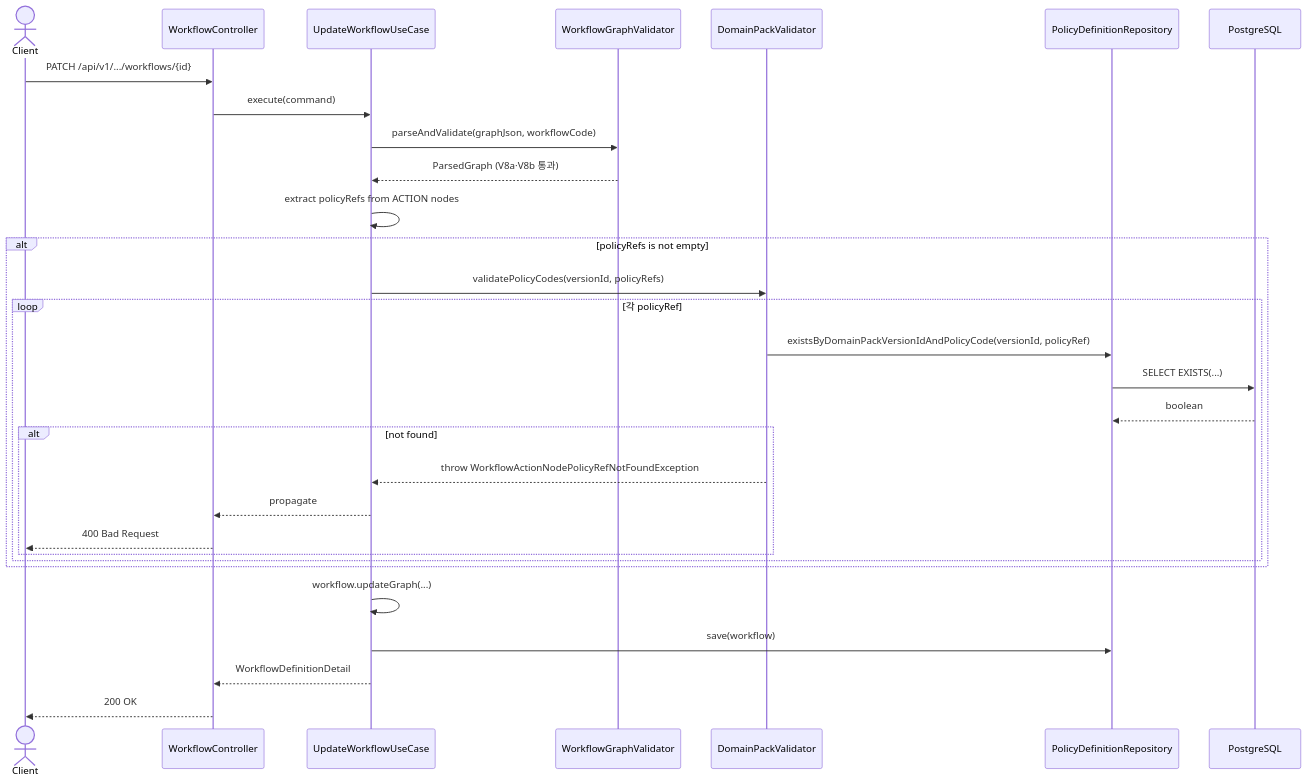
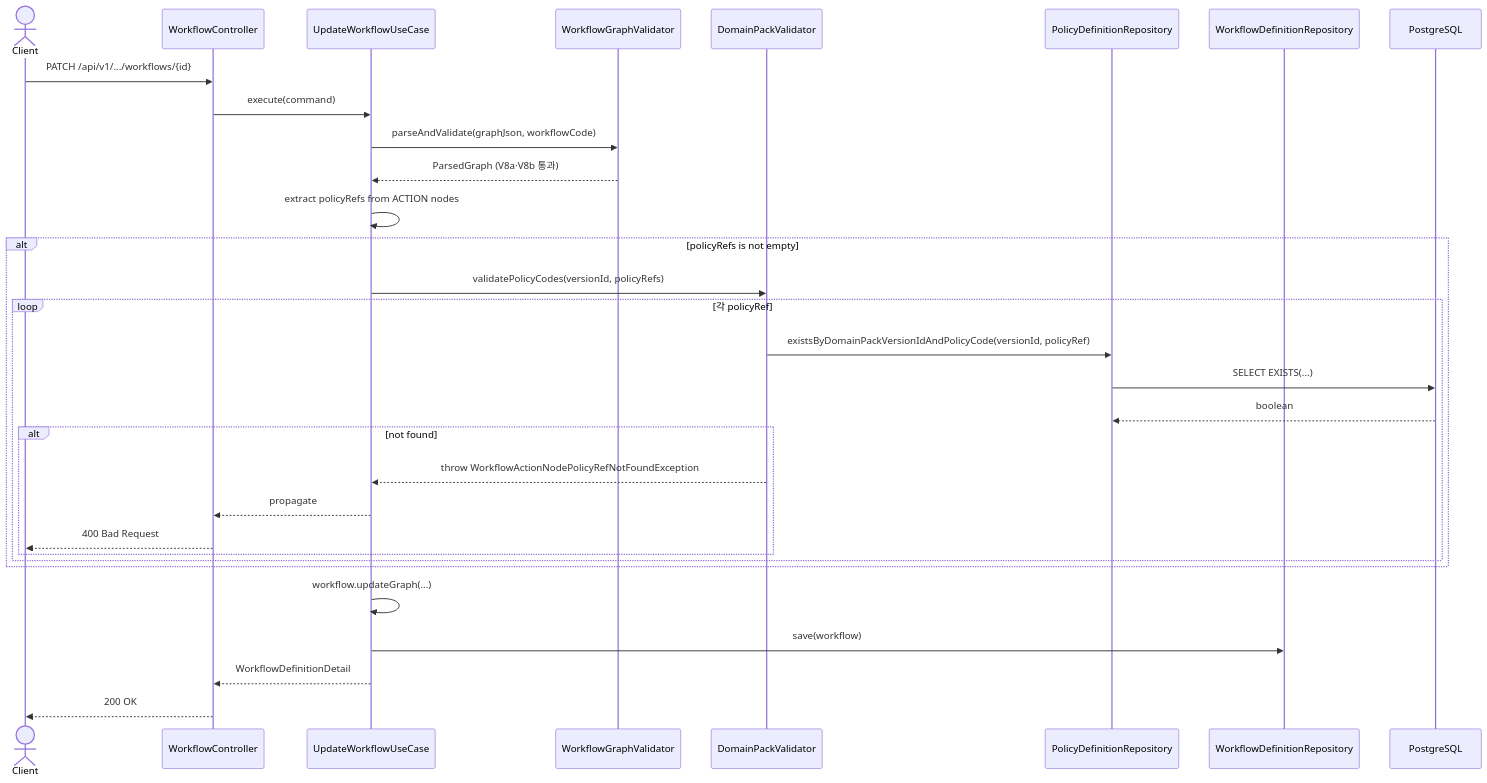
Before and after one commit to ajou-2026-1-capstone-5/ostone: the diagram in .agent/specs/98.md, drawn with Mermaid. The commit also changed other lines of this file, not shown here.

Commit message:
docs(spec): fix sequence diagram and test assertion in spec #98
시퀀스 다이어그램에서 PolicyDefinitionRepository와 WorkflowDefinitionRepository
participant를 분리하고, V8c 테스트 assertion에 getCode() 에러코드 검증을 추가한다.

````diff
--- a/.agent/specs/98.md
+++ b/.agent/specs/98.md
@@ -17,33 +17,34 @@
 ```mermaid
 sequenceDiagram
     actor c as Client
     participant ctrl as WorkflowController
     participant uc as UpdateWorkflowUseCase
     participant wgv as WorkflowGraphValidator
     participant val as DomainPackValidator
-    participant repo as PolicyDefinitionRepository
+    participant policyRepo as PolicyDefinitionRepository
+    participant workflowRepo as WorkflowDefinitionRepository
     participant db as PostgreSQL
 
     c ->> ctrl: PATCH /api/v1/.../workflows/{id}
     ctrl ->> uc: execute(command)
     uc ->> wgv: parseAndValidate(graphJson, workflowCode)
     wgv -->> uc: ParsedGraph (V8a·V8b 통과)
     uc ->> uc: extract policyRefs from ACTION nodes
     alt policyRefs is not empty
         uc ->> val: validatePolicyCodes(versionId, policyRefs)
         loop 각 policyRef
-            val ->> repo: existsByDomainPackVersionIdAndPolicyCode(versionId, policyRef)
-            repo ->> db: SELECT EXISTS(...)
-            db -->> repo: boolean
+            val ->> policyRepo: existsByDomainPackVersionIdAndPolicyCode(versionId, policyRef)
+            policyRepo ->> db: SELECT EXISTS(...)
+            db -->> policyRepo: boolean
             alt not found
                 val -->> uc: throw WorkflowActionNodePolicyRefNotFoundException
                 uc -->> ctrl: propagate
                 ctrl -->> c: 400 Bad Request
             end
         end
     end
     uc ->> uc: workflow.updateGraph(...)
-    uc ->> repo: save(workflow)
+    uc ->> workflowRepo: save(workflow)
     uc -->> ctrl: WorkflowDefinitionDetail
     ctrl -->> c: 200 OK
 ```
````
